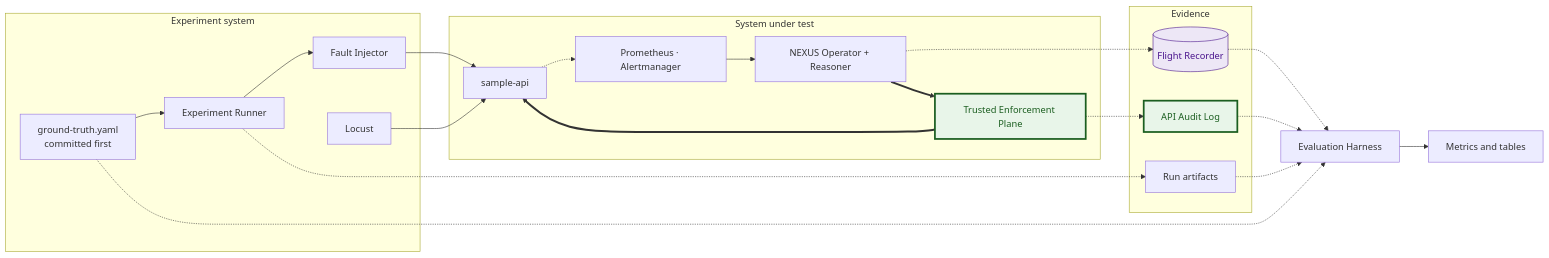
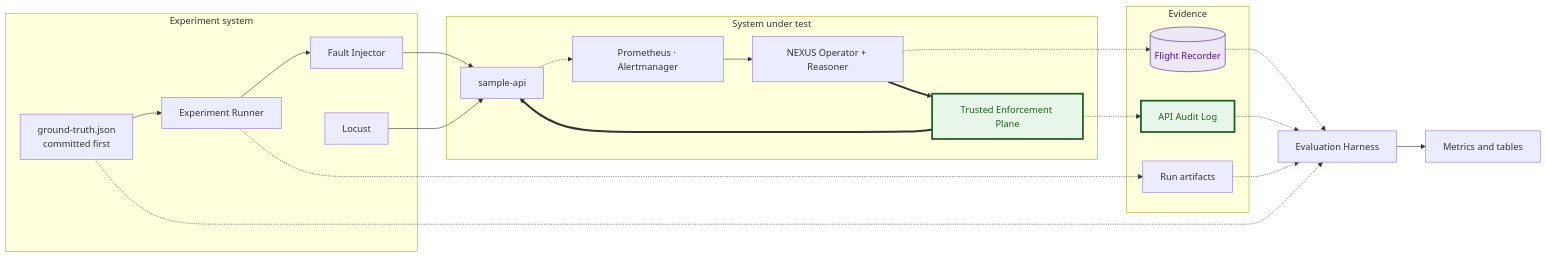
One commit to koussayx8/nexus-platform changed diagram 20 of 24 in docs/architecture/final-spec.md. Above: the diagram before and after it, drawn with Mermaid. The commit also changed other lines of this file and 2 other files, not shown here.

````diff
--- a/docs/architecture/final-spec.md
+++ b/docs/architecture/final-spec.md
@@ -1845,33 +1853,33 @@
 ```mermaid
 flowchart LR
   subgraph EXP[Experiment system]
-    GT[ground-truth.yaml<br/>committed first]
+    GT[ground-truth.json<br/>committed first]
     RUN[Experiment Runner]
     FI[Fault Injector]
     LOC[Locust]
   end
   subgraph SUT[System under test]
     APP[sample-api]
     DET[Prometheus · Alertmanager]
     NX[NEXUS Operator + Reasoner]
     TEP[Trusted Enforcement Plane]:::trusted
   end
   subgraph EVD[Evidence]
     FR[(Flight Recorder)]:::store
     AUD[API Audit Log]:::trusted
     ART[Run artifacts]
   end
   EH[Evaluation Harness]
   RES[Metrics and tables]
   GT --> RUN --> FI --> APP
   LOC --> APP
   APP -.-> DET --> NX ==> TEP ==> APP
   NX -.-> FR
   TEP -.-> AUD
   RUN -.-> ART
   FR & AUD & ART -.-> EH
   GT -.-> EH
   EH --> RES
   classDef trusted fill:#E8F5E9,stroke:#1B5E20,stroke-width:3px,color:#1B5E20
   classDef store fill:#EDE7F6,stroke:#4A148C,stroke-width:1px,color:#4A148C
 ```
````
